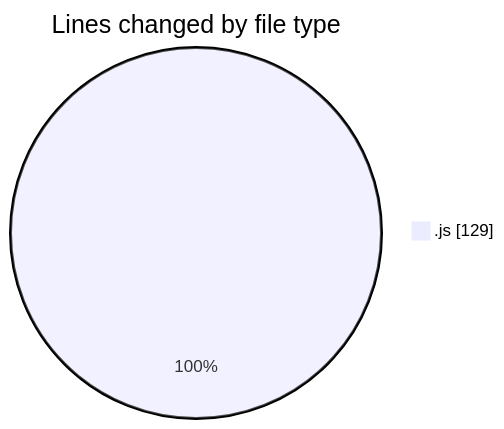
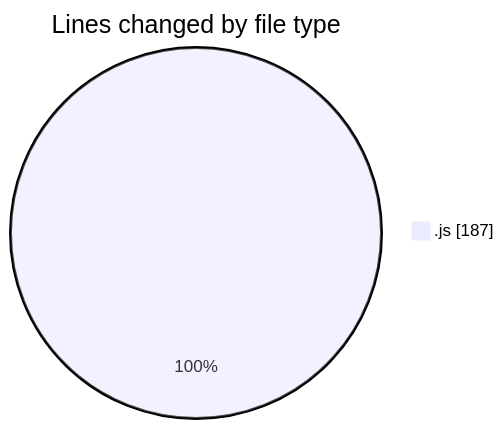
The first of 2 diagrams in 2025-07-22/javascript/README.md (Ritupan-Deka/code-tracking), drawn with Mermaid before and after one commit. The commit also changed other lines of this file and 1 other file, not shown here.

````diff
--- a/2025-07-22/javascript/README.md
+++ b/2025-07-22/javascript/README.md
@@ -21,5 +21,5 @@
 ```mermaid
 pie showData
 title Lines changed by file type
-".js" : 129
+".js" : 187
 ```
````
